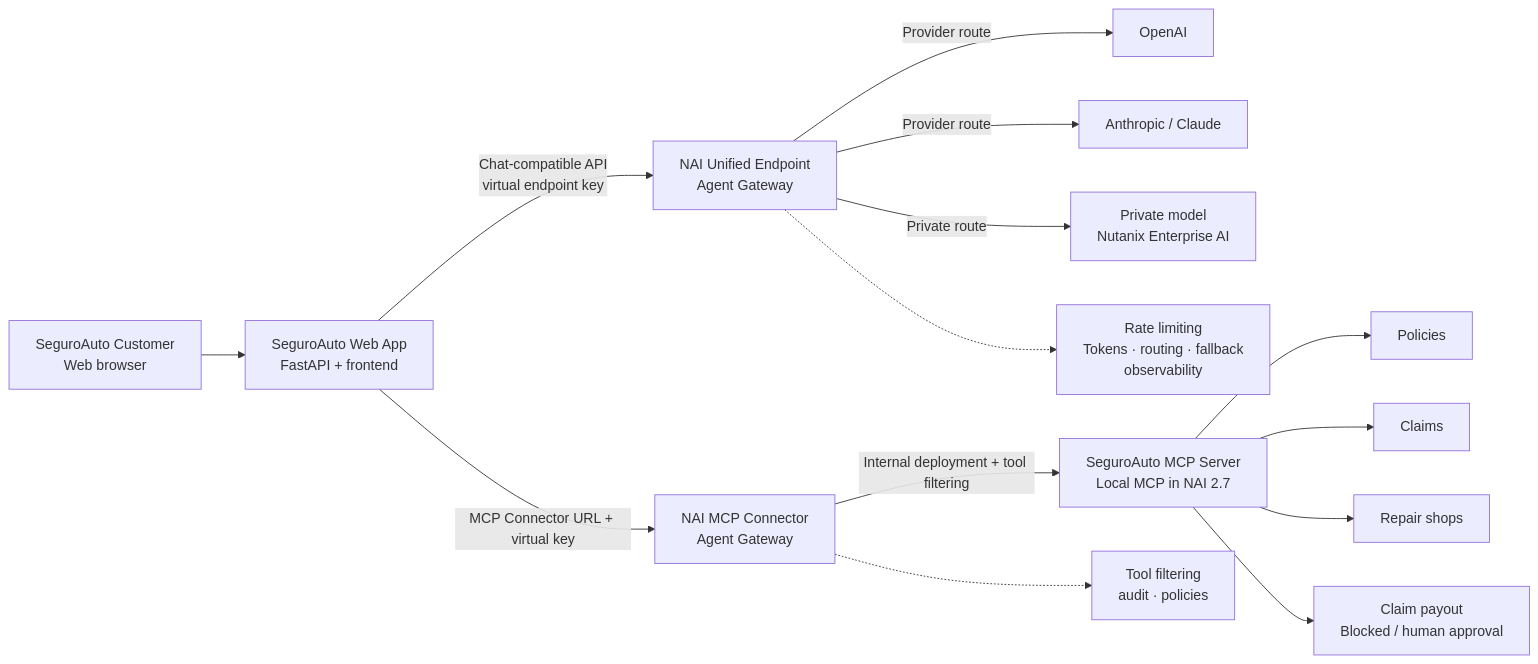
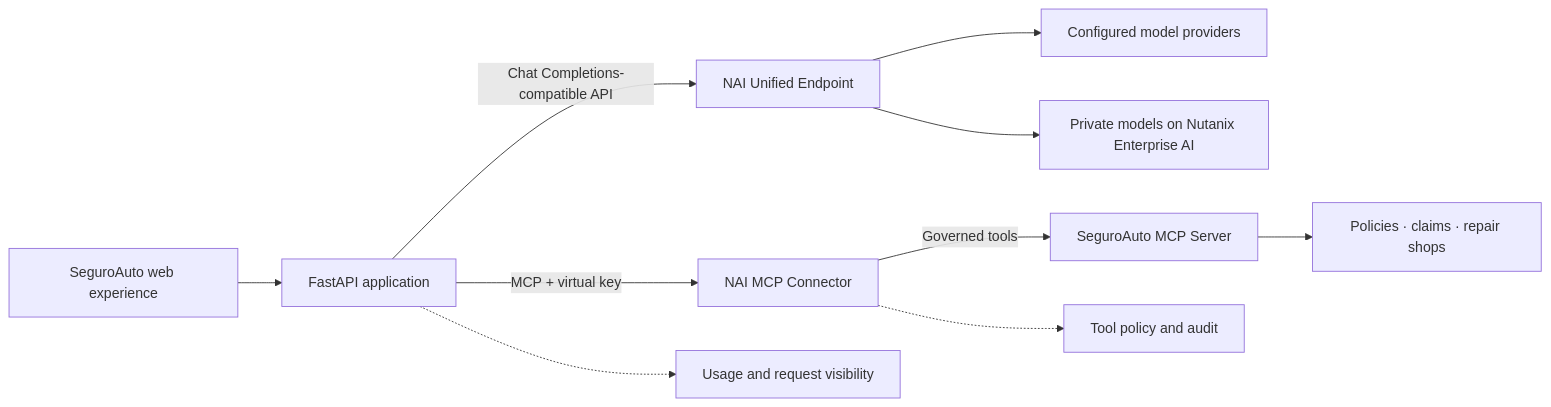
Before and after one commit to jovalen/nutanix-agent-gateway-se-demo: the first of 2 diagrams in README.md, drawn with Mermaid. The commit also changed other lines of this file and 17 other files, not shown here.

Commit message:
Improved operations look&feel and added real NAI fallback validation

````diff
--- a/README.md
+++ b/README.md
@@ -91,21 +33,12 @@
 ```mermaid
 flowchart LR
-    U[SeguroAuto Customer\nWeb browser] --> APP[SeguroAuto Web App\nFastAPI + frontend]
-
-    APP -->|Chat-compatible API\nvirtual endpoint key| UEP[NAI Unified Endpoint\nAgent Gateway]
-
-    UEP -->|Provider route| OAI[OpenAI]
-    UEP -->|Provider route| CLAUDE[Anthropic / Claude]
-    UEP -->|Private route| NAI[Private model\nNutanix Enterprise AI]
-
-    APP -->|MCP Connector URL + virtual key| MCPG[NAI MCP Connector\nAgent Gateway]
-    MCPG -->|Internal deployment + tool filtering| MCP[SeguroAuto MCP Server\nLocal MCP in NAI 2.7]
-
-    MCP --> POLICY[Policies]
-    MCP --> CLAIMS[Claims]
-    MCP --> REPAIR[Repair shops]
-    MCP --> PAY[Claim payout\nBlocked / human approval]
-
-    UEP -.-> OBS[Rate limiting\nTokens · routing · fallback\nobservability]
-    MCPG -.-> AUDIT[Tool filtering\naudit · policies]
+    U[SeguroAuto web experience] --> APP[FastAPI application]
+    APP -->|Chat Completions-compatible API| UE[NAI Unified Endpoint]
+    UE --> P1[Configured model providers]
+    UE --> P2[Private models on Nutanix Enterprise AI]
+    APP -->|MCP + virtual key| MC[NAI MCP Connector]
+    MC -->|Governed tools| MS[SeguroAuto MCP Server]
+    MS --> DATA[Policies · claims · repair shops]
+    APP -.-> OBS[Usage and request visibility]
+    MC -.-> AUDIT[Tool policy and audit]
 ```
````
